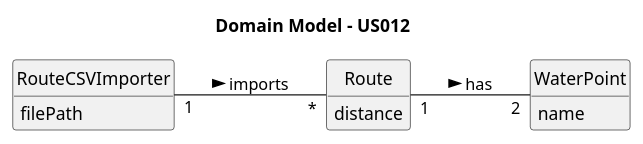
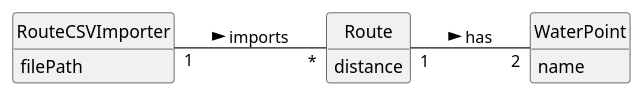
One commit to ricardomm7/leaflink changed the diagram in docs/sprintB/us012/02.analysis/puml/us012-domain-model.puml. Above: the diagram before and after it, drawn with PlantUML. The commit also changed 24 other files, not shown here.

```diff
--- a/docs/sprintB/us012/02.analysis/puml/us012-domain-model.puml
+++ b/docs/sprintB/us012/02.analysis/puml/us012-domain-model.puml
@@ -1,32 +1,32 @@
 @startuml
 skinparam monochrome true
 skinparam packageStyle rectangle
 skinparam shadowing false
 
 left to right direction
 
 skinparam classAttributeIconSize 0
 
 hide circle
 hide methods
 
-title Domain Model - US012
+'title Domain Model - US012
 
 class WaterPoint {
     name
 
 }
 
 class Route {
 
     distance
 }
 
 class RouteCSVImporter {
     filePath
 }
 
 Route "1" -- "2" WaterPoint: has  >
 RouteCSVImporter "1" -- "*" Route: imports >
 
 @enduml
```
